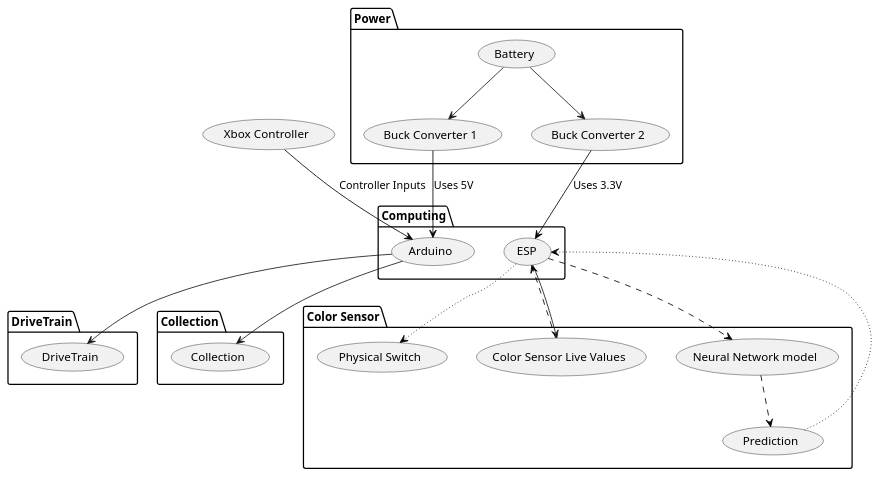
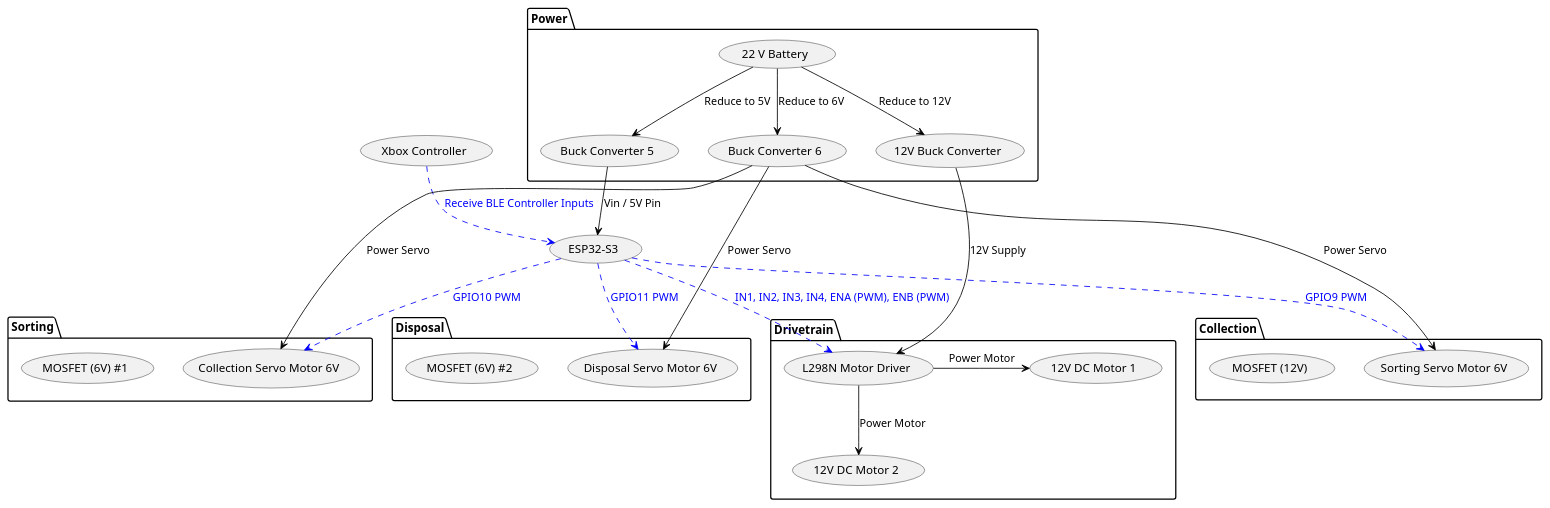
The diagram in Documentation/Diagram/Diagram/Diagram1.plantuml (RajitTalluri/ASME_SDC_-25--26), drawn with PlantUML before and after one commit. The commit also changed 3 other files, not shown here.

Commit message:
Updated diagram, not complete yet

```diff
--- a/Documentation/Diagram/Diagram/Diagram1.plantuml
+++ b/Documentation/Diagram/Diagram/Diagram1.plantuml
@@ -1,56 +1,59 @@
 @startuml ASME SDC 25-26 Diagram
 
-package Computing {
-usecase "Arduino" as Ad
-usecase "ESP"
+package Power {
+usecase "22 V Battery" as B
+usecase "12V Buck Converter" as BC12
+usecase "Buck Converter 6" as BC6
+usecase "Buck Converter 5" as BC5
 }
 
-package "Color Sensor"  {
-usecase "Neural Network model" as NN
-usecase "Color Sensor Live Values" as LV
-usecase "Prediction" as Pd
-usecase "Physical Switch" as PS
-}
-
-package DriveTrain {
-usecase "DriveTrain" as DT
+package Drivetrain {
+    usecase "L298N Motor Driver" as L298N
+    usecase "12V DC Motor 1" as DC1
+    usecase "12V DC Motor 2" as DC2
 }
 
 package Collection {
-usecase "Collection" as Col
+    usecase "Sorting Servo Motor 6V" as SSM
+    usecase "MOSFET (12V)" as MOS12
 }
 
-package Power {
-usecase "Battery" as B
-usecase "Buck Converter 1" as BC1
-usecase "Buck Converter 2" as BC2
+package Sorting {
+    usecase "Collection Servo Motor 6V" as CSM
+    usecase "MOSFET (6V) #1" as MOS61
+}
+
+package Disposal {
+    usecase "Disposal Servo Motor 6V" as DSM
+    usecase "MOSFET (6V) #2" as MOS62
 }
 
 
-(Xbox Controller) --> Ad #black;text:black : Controller Inputs
+(Xbox Controller) ..> (ESP32-S3) #blue;text:blue : Receive BLE Controller Inputs
 
 
-'DRIVETRAIN
-Ad --> DT
+'POWER
+B --> BC12 #black;text:black : Reduce to 12V
+B --> BC6 #black;text:black : Reduce to 6V
+B --> BC5 #black;text:black : Reduce to 5V
 
+BC12 --> L298N #black;text:black : 12V Supply
+L298N-> DC1 #black;text:black : Power Motor
+L298N --> DC2 #black;text:black : Power Motor
 
-'COLLECTION
-Ad --> Col
+BC5 --> (ESP32-S3) #black;text:black : Vin / 5V Pin
 
+BC6 --> SSM #black;text:black : Power Servo
+BC6 --> CSM #black;text:black : Power Servo
+BC6 --> DSM #black;text:black : Power Servo
 
-'COLORSENSOR
-ESP --> LV
-LV --> ESP #black;line.dashed;
-ESP --> NN #black;line.dashed;
-NN --> Pd #black;line.dashed;
-Pd --> ESP #black;line.dotted;
-ESP --> PS #black;line.dotted;
+'Pins
+(ESP32-S3) ..> L298N #blue;text:blue : IN1, IN2, IN3, IN4, ENA (PWM), ENB (PWM)
+' IN1-->GPIO6, IN2-->GPIO7, IN3-->GPIO15, IN4-->GPIO16, ENA-->GPIO17, ENB-->GPIO18
 
-'POWER
-B --> BC1
-B --> BC2
-BC1 --> Ad #black;text:black : Uses 5V
-BC2 --> ESP #black;text:black : Uses 3.3V
+(ESP32-S3) ..> SSM #blue;text:blue : GPIO9 PWM
+(ESP32-S3) ..> CSM #blue;text:blue : GPIO10 PWM
+(ESP32-S3) ..> DSM #blue;text:blue : GPIO11 PWM
 
 
 @enduml
```
